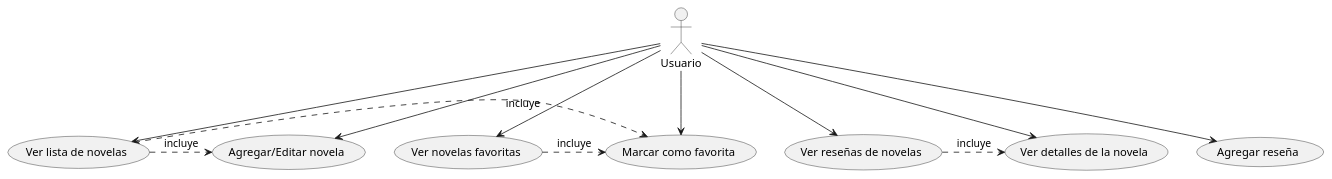
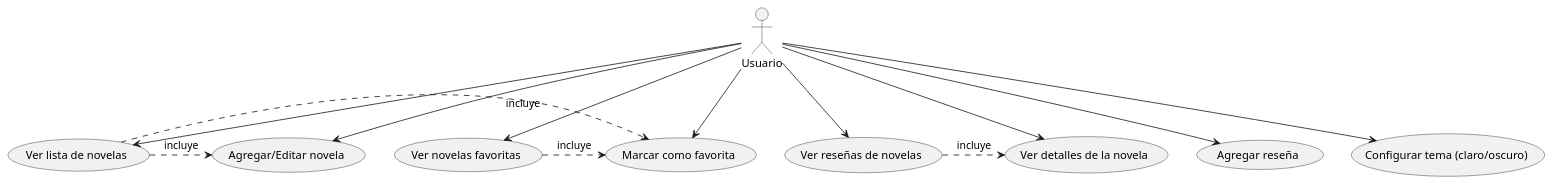
The diagram in app/src/main/java/uml/UMLCasosDeUsoNovelas.puml (Jaime1999l/Jaime_Lopez_Diaz_Gestion_de_Novelas_con_Almacenamiento_de_Datos_del_Usuario), drawn with PlantUML before and after one commit. The commit also changed 1 other file, not shown here.

```diff
--- a/app/src/main/java/uml/UMLCasosDeUsoNovelas.puml
+++ b/app/src/main/java/uml/UMLCasosDeUsoNovelas.puml
@@ -1,24 +1,26 @@
 @startuml
 actor Usuario
 
 usecase "Ver lista de novelas" as UC1
 usecase "Agregar/Editar novela" as UC2
 usecase "Marcar como favorita" as UC3
 usecase "Ver novelas favoritas" as UC4
 usecase "Ver reseñas de novelas" as UC5
 usecase "Agregar reseña" as UC6
 usecase "Ver detalles de la novela" as UC7
+usecase "Configurar tema (claro/oscuro)" as UC8
 
 Usuario --> UC1
 Usuario --> UC2
 Usuario --> UC3
 Usuario --> UC4
 Usuario --> UC5
 Usuario --> UC6
 Usuario --> UC7
+Usuario --> UC8
 
 UC1 .> UC2 : incluye
 UC1 .> UC3 : incluye
 UC4 .> UC3 : incluye
 UC5 .> UC7 : incluye
 @enduml
```
